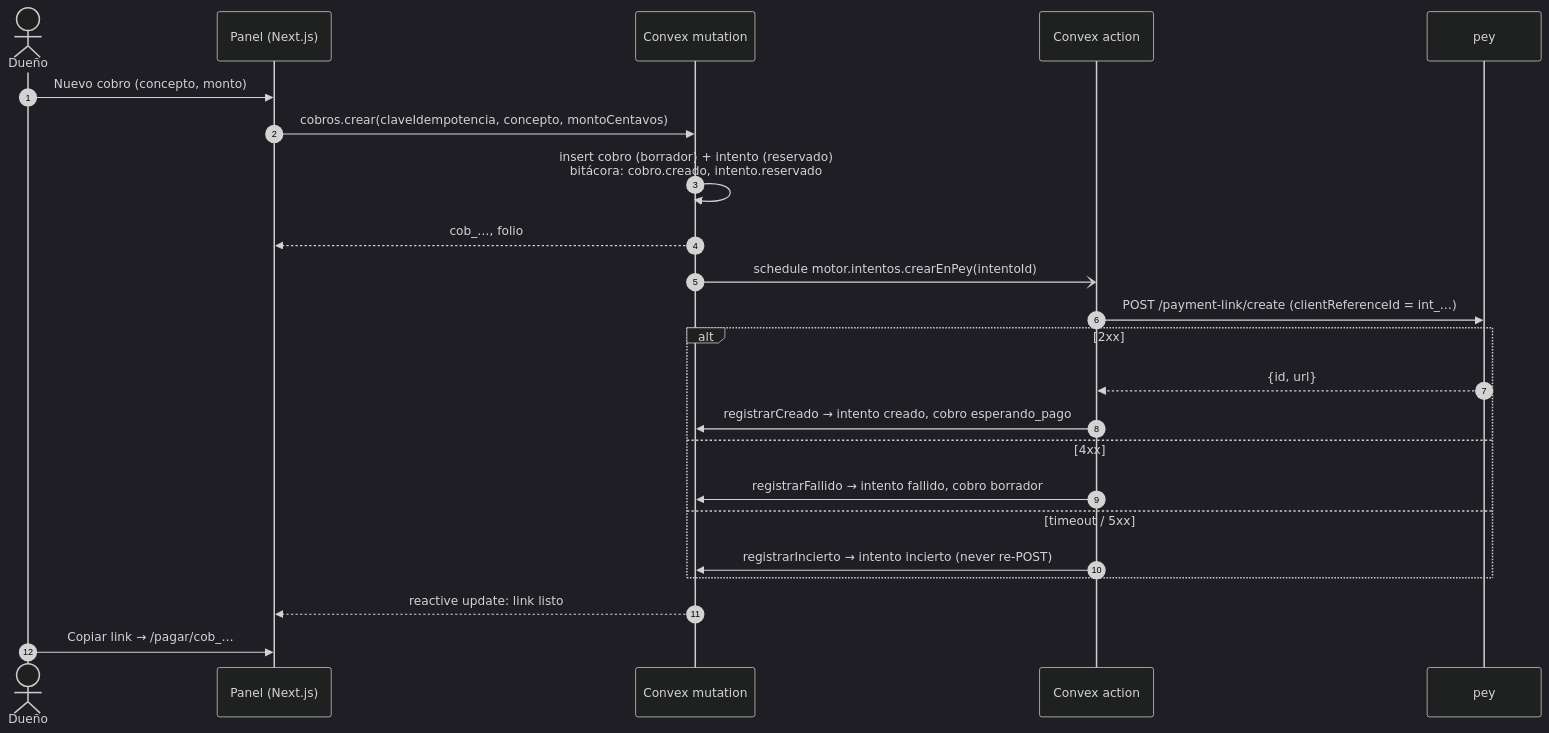
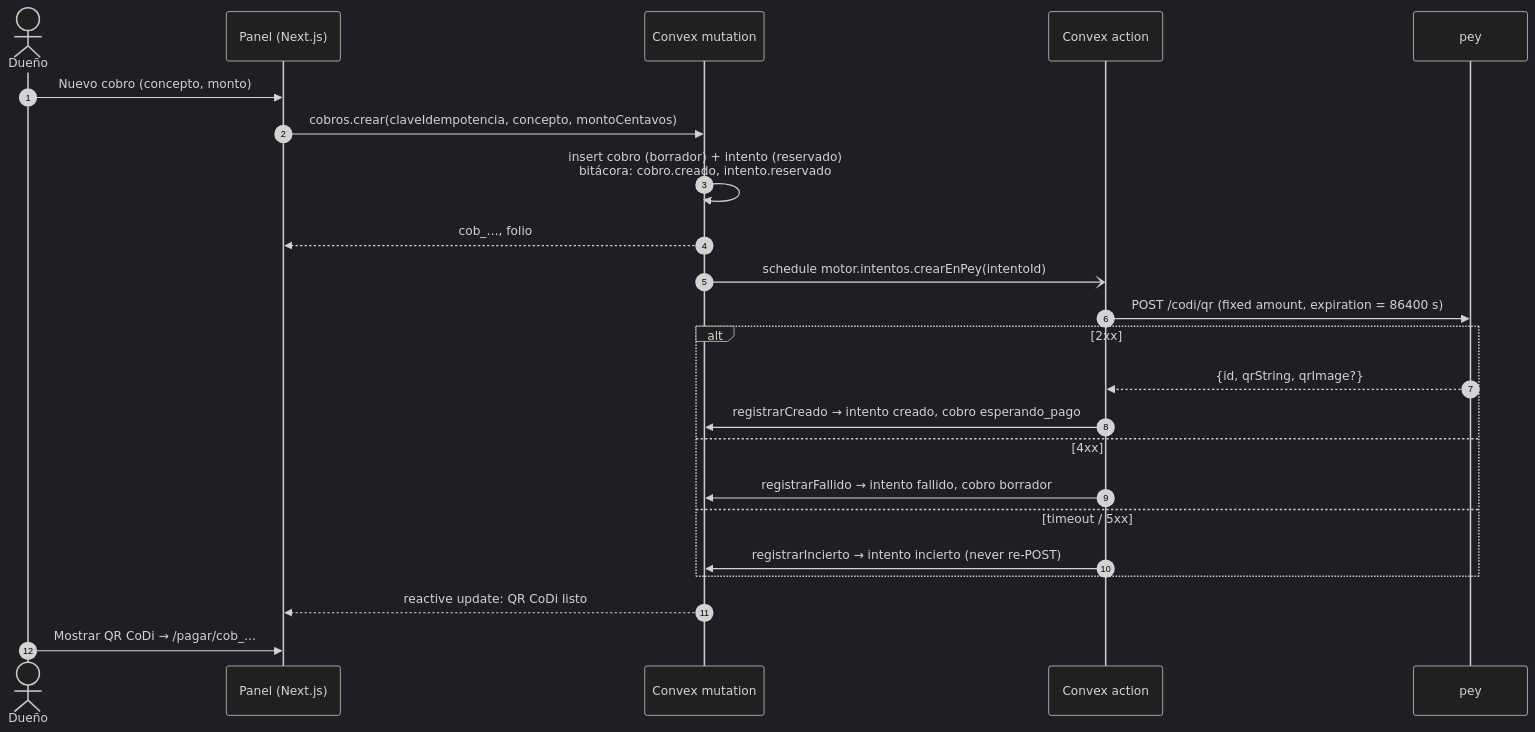
The fourth of 7 diagrams in ARCHITECTURE.md (GNOSIXSI/payvro-os), drawn with Mermaid (dark theme) before and after one commit. The commit also changed other lines of this file and 17 other files, not shown here.

````diff
--- a/ARCHITECTURE.md
+++ b/ARCHITECTURE.md
@@ -366,25 +366,25 @@
 ```mermaid
 sequenceDiagram
   autonumber
   actor D as Dueño
   participant UI as Panel (Next.js)
   participant CX as Convex mutation
   participant AC as Convex action
   participant PEY as pey
   D->>UI: Nuevo cobro (concepto, monto)
   UI->>CX: cobros.crear(claveIdempotencia, concepto, montoCentavos)
   CX->>CX: insert cobro (borrador) + intento (reservado)<br/>bitácora: cobro.creado, intento.reservado
   CX-->>UI: cob_…, folio
   CX-)AC: schedule motor.intentos.crearEnPey(intentoId)
-  AC->>PEY: POST /payment-link/create (clientReferenceId = int_…)
+  AC->>PEY: POST /codi/qr (fixed amount, expiration = 86400 s)
   alt 2xx
-    PEY-->>AC: {id, url}
+    PEY-->>AC: {id, qrString, qrImage?}
     AC->>CX: registrarCreado → intento creado, cobro esperando_pago
   else 4xx
     AC->>CX: registrarFallido → intento fallido, cobro borrador
   else timeout / 5xx
     AC->>CX: registrarIncierto → intento incierto (never re-POST)
   end
-  CX-->>UI: reactive update: link listo
-  D->>UI: Copiar link → /pagar/cob_…
+  CX-->>UI: reactive update: QR CoDi listo
+  D->>UI: Mostrar QR CoDi → /pagar/cob_…
 ```
````
